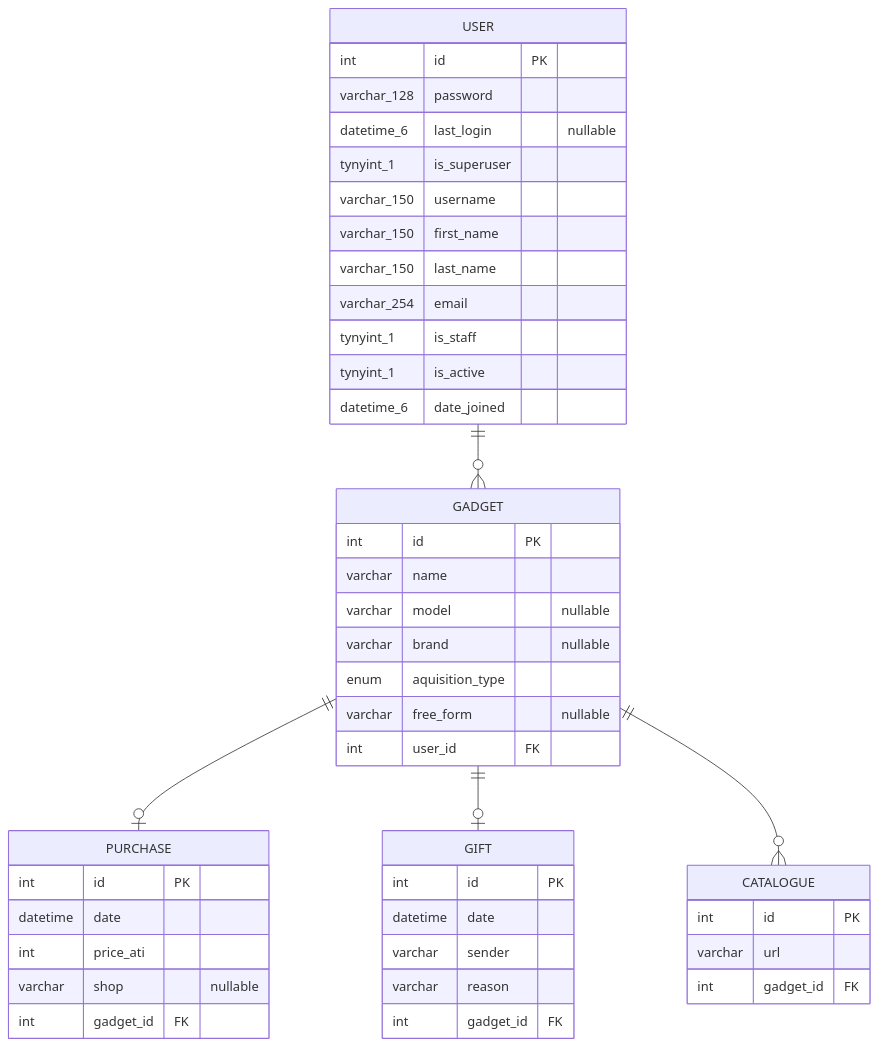
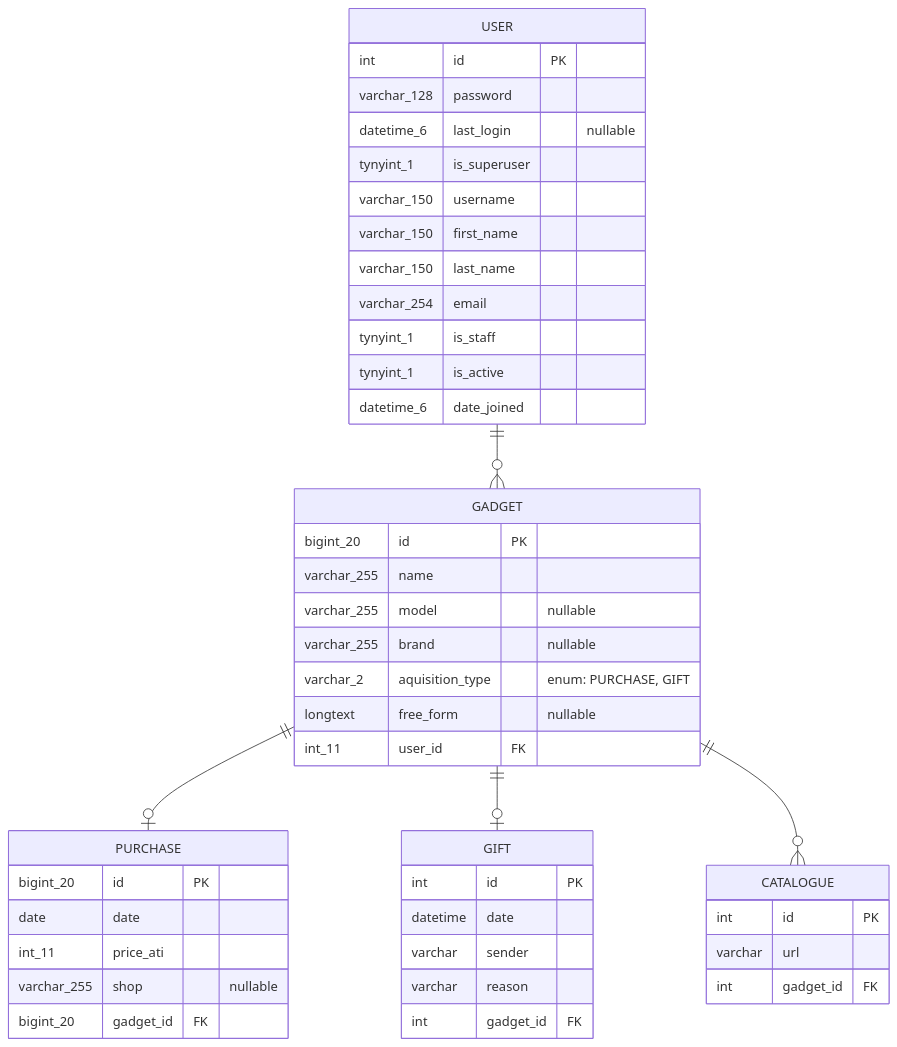
One commit to lynxlevin/gadget_collection changed the diagram in docs/er_diagram.md. Above: the diagram before and after it, drawn with Mermaid. The commit also changed 2 other files, not shown here.

Commit message:
add Purchase model

````diff
--- a/docs/er_diagram.md
+++ b/docs/er_diagram.md
@@ -1,49 +1,49 @@
 ```mermaid
 erDiagram
     USER ||--o{ GADGET : ""
     USER {
         int id PK
         varchar_128 password
         datetime_6 last_login "nullable"
         tynyint_1 is_superuser
         varchar_150 username
         varchar_150 first_name
         varchar_150 last_name
         varchar_254 email
         tynyint_1 is_staff
         tynyint_1 is_active
         datetime_6 date_joined
     }
     GADGET ||--o| PURCHASE : ""
     GADGET ||--o| GIFT : ""
     GADGET ||--o{ CATALOGUE : ""
     GADGET {
-        int id PK
-        varchar name
-        varchar model "nullable"
-        varchar brand "nullable"
-        enum aquisition_type
-        varchar free_form "nullable"
-        int user_id FK
+        bigint_20 id PK
+        varchar_255 name
+        varchar_255 model "nullable"
+        varchar_255 brand "nullable"
+        varchar_2 aquisition_type "enum: PURCHASE, GIFT"
+        longtext free_form "nullable"
+        int_11 user_id FK
     }
     PURCHASE {
-        int id PK
-        datetime date
-        int price_ati
-        varchar shop "nullable"
-        int gadget_id FK
+        bigint_20 id PK
+        date date
+        int_11 price_ati
+        varchar_255 shop "nullable"
+        bigint_20 gadget_id FK
     }
     GIFT {
         int id PK
         datetime date
         varchar sender
         varchar reason
         int gadget_id FK
     }
     CATALOGUE {
         int id PK
         varchar url
         int gadget_id FK
     }
 
 ```
````
